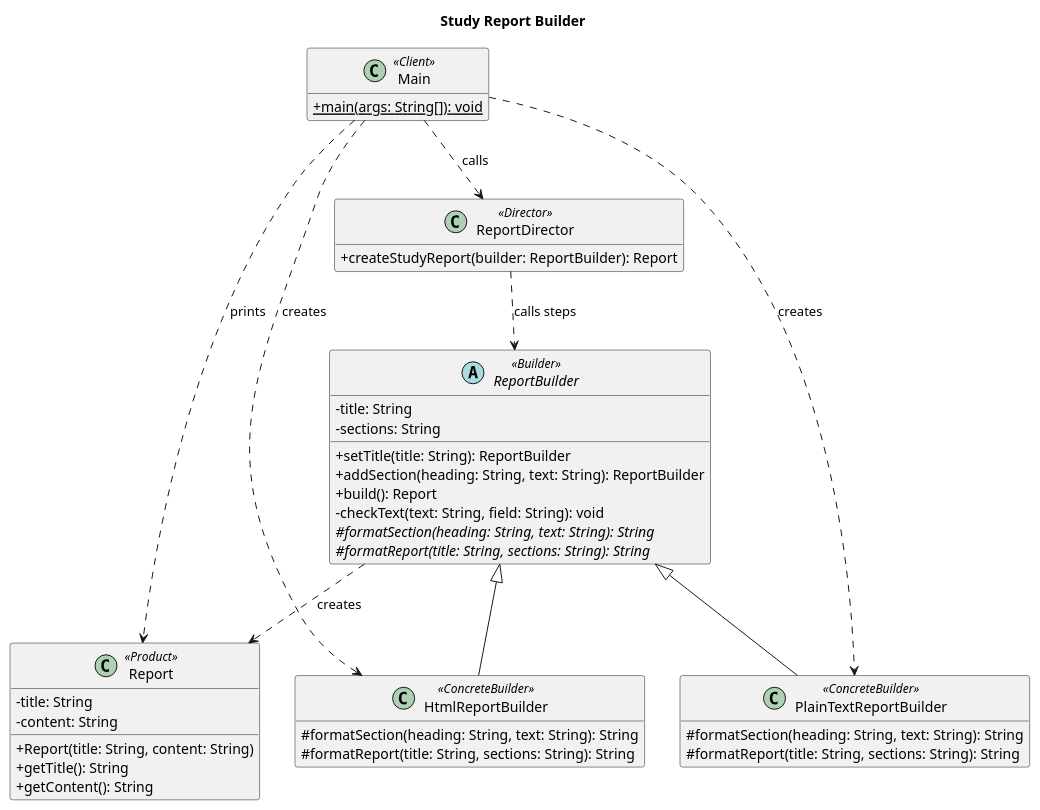
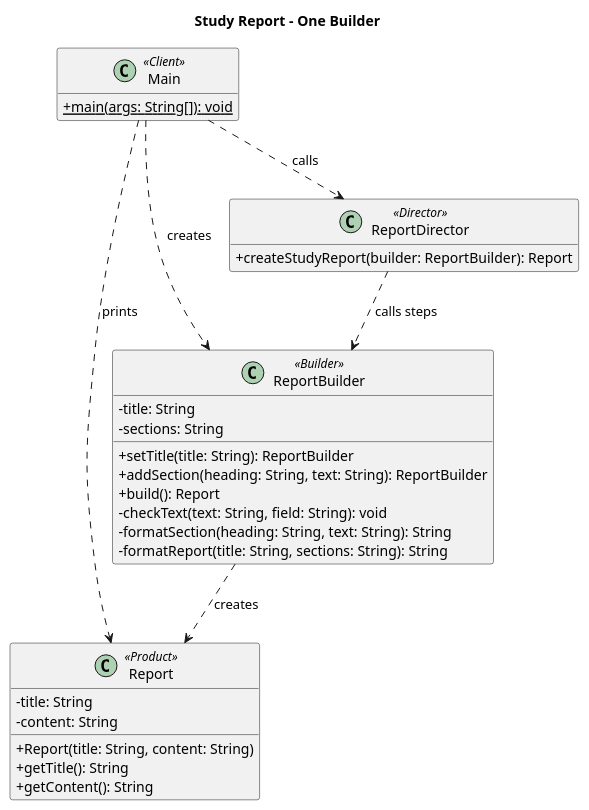
One commit to unknow9error/aitu-software-design-pattern-assignment1 changed the diagram in docs/uml.puml. Above: the diagram before and after it, drawn with PlantUML. The commit also changed 14 other files, not shown here.

Commit message:
Use a single concrete report builder and update assignment materials

```diff
--- a/docs/uml.puml
+++ b/docs/uml.puml
@@ -1,46 +1,35 @@
 @startuml
-title Study Report Builder
+title Study Report - One Builder
 skinparam classAttributeIconSize 0
 hide empty members
 
 class Report <<Product>> {
   - title: String
   - content: String
   + Report(title: String, content: String)
   + getTitle(): String
   + getContent(): String
 }
-abstract class ReportBuilder <<Builder>> {
+class ReportBuilder <<Builder>> {
   - title: String
   - sections: String
   + setTitle(title: String): ReportBuilder
   + addSection(heading: String, text: String): ReportBuilder
   + build(): Report
   - checkText(text: String, field: String): void
-  # {abstract} formatSection(heading: String, text: String): String
-  # {abstract} formatReport(title: String, sections: String): String
-}
-class PlainTextReportBuilder <<ConcreteBuilder>> {
-  # formatSection(heading: String, text: String): String
-  # formatReport(title: String, sections: String): String
-}
-class HtmlReportBuilder <<ConcreteBuilder>> {
-  # formatSection(heading: String, text: String): String
-  # formatReport(title: String, sections: String): String
+  - formatSection(heading: String, text: String): String
+  - formatReport(title: String, sections: String): String
 }
 class ReportDirector <<Director>> {
   + createStudyReport(builder: ReportBuilder): Report
 }
 class Main <<Client>> {
   + {static} main(args: String[]): void
 }
 
-ReportBuilder <|-- PlainTextReportBuilder
-ReportBuilder <|-- HtmlReportBuilder
 ReportBuilder ..> Report : creates
 ReportDirector ..> ReportBuilder : calls steps
 Main ..> ReportDirector : calls
-Main ..> PlainTextReportBuilder : creates
-Main ..> HtmlReportBuilder : creates
+Main ..> ReportBuilder : creates
 Main ..> Report : prints
 @enduml
```
